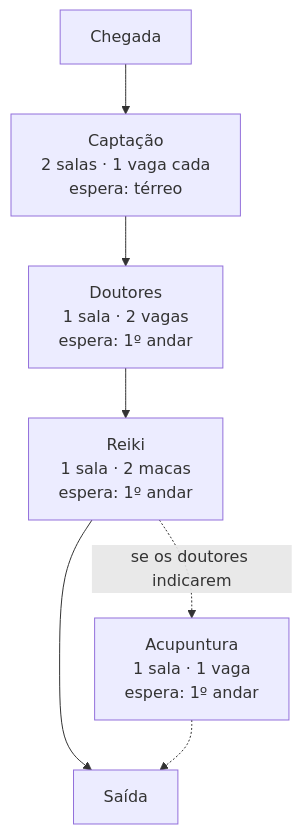
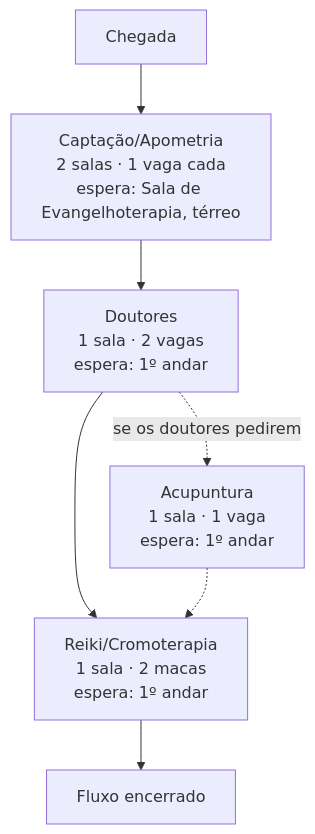
Before and after one commit to ZeRobertoMagalhaes/Gelf_Painel-chamadas-tv-filas: the first of 4 diagrams in docs/fluxos/5-bio.md, drawn with Mermaid. The commit also changed other lines of this file and 60 other files, not shown here.

````diff
--- a/docs/fluxos/5-bio.md
+++ b/docs/fluxos/5-bio.md
@@ -15,9 +17,9 @@
 ```mermaid
 flowchart TD
-    A[Chegada] --> B[Captação<br/>2 salas · 1 vaga cada<br/>espera: térreo]
+    A[Chegada] --> B[Captação/Apometria<br/>2 salas · 1 vaga cada<br/>espera: Sala de Evangelhoterapia, térreo]
     B --> C[Doutores<br/>1 sala · 2 vagas<br/>espera: 1º andar]
-    C --> D[Reiki<br/>1 sala · 2 macas<br/>espera: 1º andar]
-    D --> F[Saída]
-    D -.->|se os doutores indicarem| E[Acupuntura<br/>1 sala · 1 vaga<br/>espera: 1º andar]
-    E -.-> F
+    C -.->|se os doutores pedirem| E[Acupuntura<br/>1 sala · 1 vaga<br/>espera: 1º andar]
+    C --> D[Reiki/Cromoterapia<br/>1 sala · 2 macas<br/>espera: 1º andar]
+    E -.-> D
+    D --> F[Fluxo encerrado]
 ```
````
